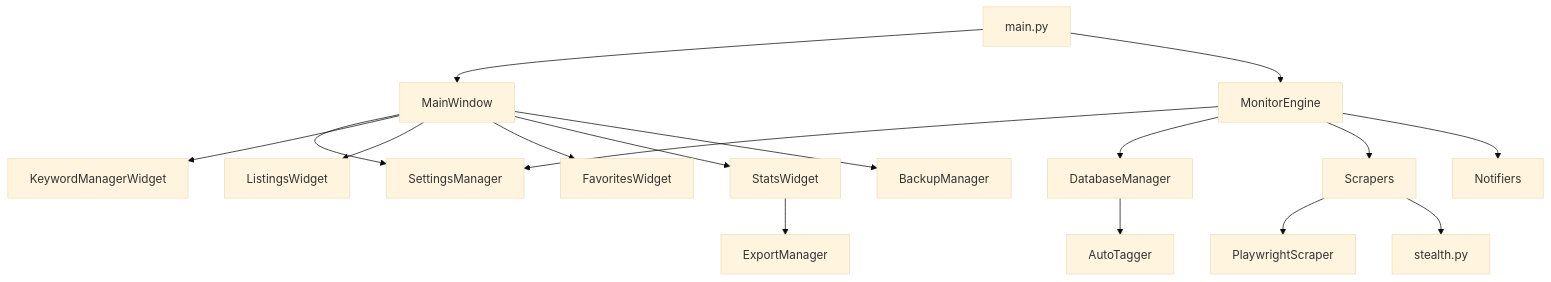
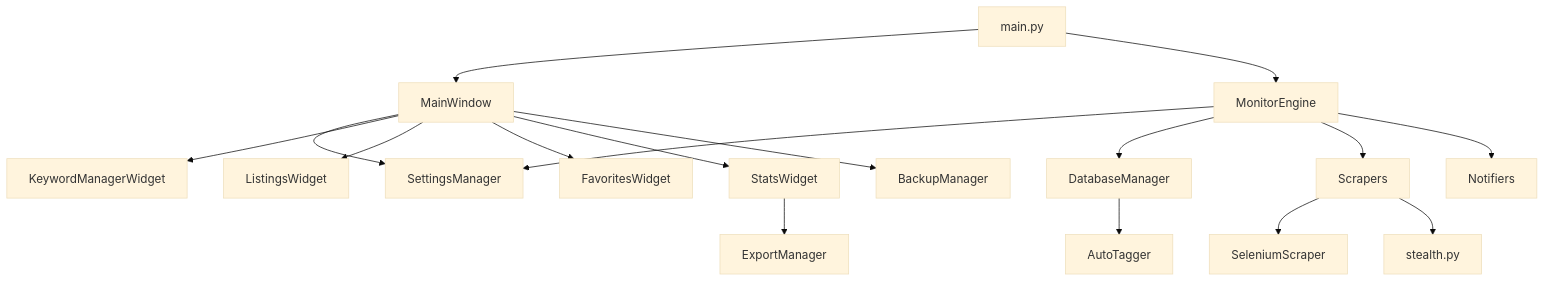
One commit to twbeatles/used-market-notifier changed the diagram in claude.md. Above: the diagram before and after it, drawn with Mermaid (base theme). The commit also changed other lines of this file and 14 other files, not shown here.

````diff
--- a/claude.md
+++ b/claude.md
@@ -27,19 +27,19 @@
 ```mermaid
 graph TD
     A[main.py] --> B[MainWindow]
     A --> C[MonitorEngine]
     B --> D[SettingsManager]
     B --> E[KeywordManagerWidget]
     B --> F[ListingsWidget]
     B --> G[FavoritesWidget]
     B --> H[StatsWidget]
     C --> D
     C --> I[DatabaseManager]
     C --> J[Scrapers]
     C --> K[Notifiers]
-    J --> L[PlaywrightScraper]
+    J --> L[SeleniumScraper]
     J --> M[stealth.py]
     I --> N[AutoTagger]
     H --> O[ExportManager]
     B --> P[BackupManager]
 ```
````
